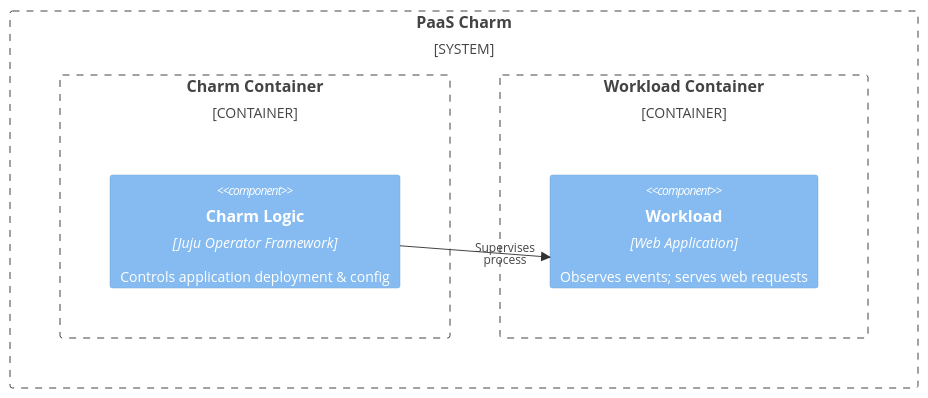
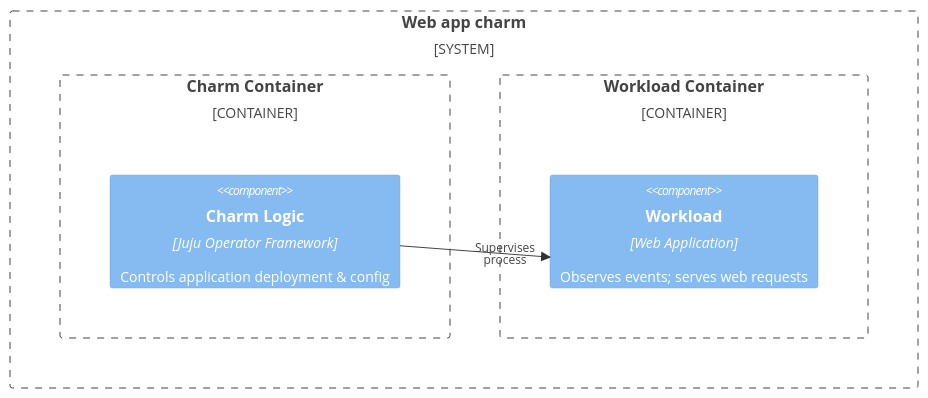
The diagram in docs/explanation/charm-architecture.rst (canonical/paas-charm), drawn with Mermaid before and after one commit. The commit also changed other lines of this file, not shown here.

Commit message:
Reword PaaS

```diff
--- a/docs/explanation/charm-architecture.rst
+++ b/docs/explanation/charm-architecture.rst
@@ -16,12 +16,12 @@
 .. mermaid::
 
    C4Container
-   System_Boundary(paas_charm, "PaaS Charm") {
+   System_Boundary(web_app_charm, "Web app charm") {
       Container_Boundary(charm_container, "Charm Container") {
          Component(charm_logic, "Charm Logic", "Juju Operator Framework", "Controls application deployment & config")
       }
-      Container_Boundary(paas_container, "Workload Container") {
+      Container_Boundary(web_app_container, "Workload Container") {
          Component(workload, "Workload", "Web Application", "Observes events; serves web requests")
       }
    }
    Rel(charm_logic, workload, "Supervises<br>process")
```
